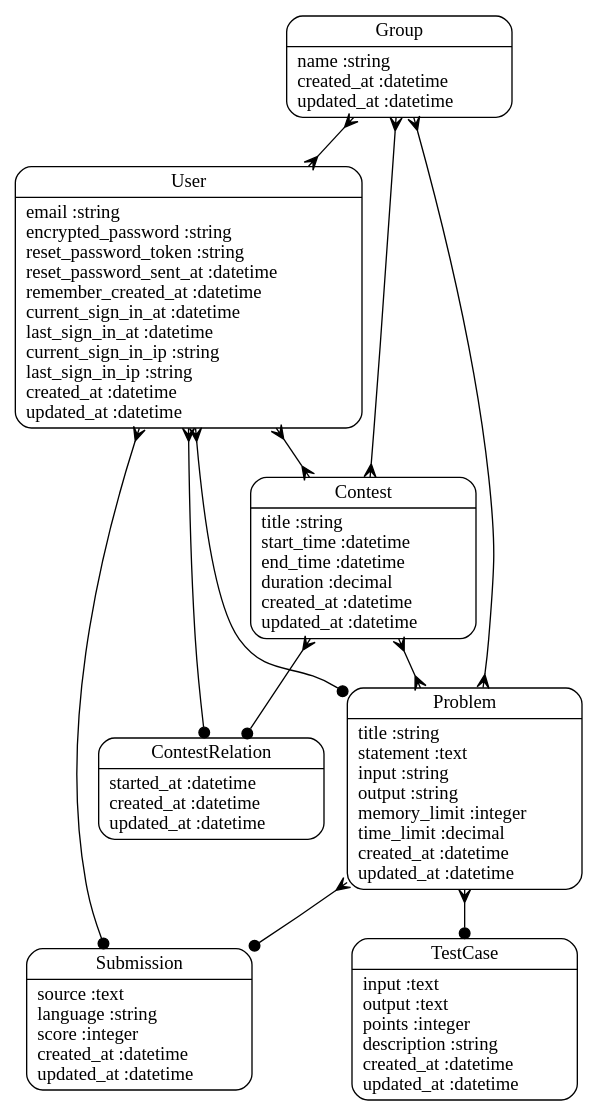
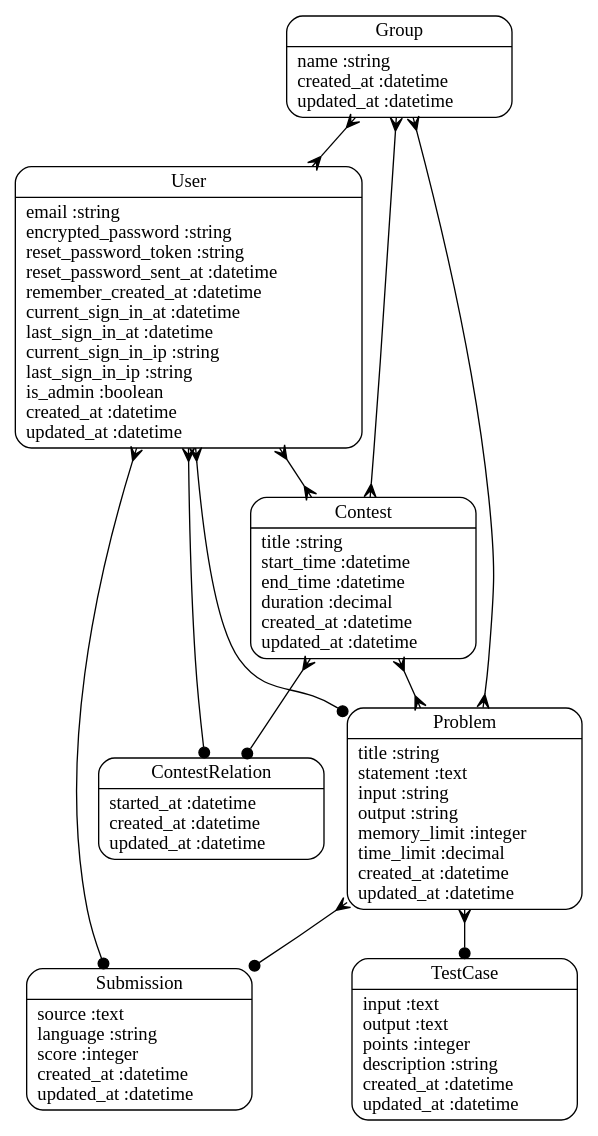
The diagram in g.dot (NZOI/nztrain), drawn with Graphviz before and after one commit. The commit also changed 10 other files, not shown here.

```diff
--- a/g.dot
+++ b/g.dot
@@ -1,21 +1,21 @@
 digraph models_diagram {
 	graph[overlap=false, splines=true]
-	"User" [shape=Mrecord, label="{User|email :string\lencrypted_password :string\lreset_password_token :string\lreset_password_sent_at :datetime\lremember_created_at :datetime\lcurrent_sign_in_at :datetime\llast_sign_in_at :datetime\lcurrent_sign_in_ip :string\llast_sign_in_ip :string\lcreated_at :datetime\lupdated_at :datetime\l}"]
+	"User" [shape=Mrecord, label="{User|email :string\lencrypted_password :string\lreset_password_token :string\lreset_password_sent_at :datetime\lremember_created_at :datetime\lcurrent_sign_in_at :datetime\llast_sign_in_at :datetime\lcurrent_sign_in_ip :string\llast_sign_in_ip :string\lis_admin :boolean\lcreated_at :datetime\lupdated_at :datetime\l}"]
 	"Group" [shape=Mrecord, label="{Group|name :string\lcreated_at :datetime\lupdated_at :datetime\l}"]
 	"ContestRelation" [shape=Mrecord, label="{ContestRelation|started_at :datetime\lcreated_at :datetime\lupdated_at :datetime\l}"]
 	"TestCase" [shape=Mrecord, label="{TestCase|input :text\loutput :text\lpoints :integer\ldescription :string\lcreated_at :datetime\lupdated_at :datetime\l}"]
 	"Contest" [shape=Mrecord, label="{Contest|title :string\lstart_time :datetime\lend_time :datetime\lduration :decimal\lcreated_at :datetime\lupdated_at :datetime\l}"]
 	"Submission" [shape=Mrecord, label="{Submission|source :text\llanguage :string\lscore :integer\lcreated_at :datetime\lupdated_at :datetime\l}"]
 	"Problem" [shape=Mrecord, label="{Problem|title :string\lstatement :text\linput :string\loutput :string\lmemory_limit :integer\ltime_limit :decimal\lcreated_at :datetime\lupdated_at :datetime\l}"]
 	"User" -> "Problem" [arrowtail=crow, arrowhead=dot, dir=both]
 	"User" -> "Submission" [arrowtail=crow, arrowhead=dot, dir=both]
 	"User" -> "ContestRelation" [arrowtail=crow, arrowhead=dot, dir=both]
 	"User" -> "Contest" [arrowtail=crow, arrowhead=crow, dir=both]
 	"Group" -> "User" [arrowtail=crow, arrowhead=crow, dir=both]
 	"Group" -> "Problem" [arrowtail=crow, arrowhead=crow, dir=both]
 	"Group" -> "Contest" [arrowtail=crow, arrowhead=crow, dir=both]
 	"Contest" -> "Problem" [arrowtail=crow, arrowhead=crow, dir=both]
 	"Contest" -> "ContestRelation" [arrowtail=crow, arrowhead=dot, dir=both]
 	"Problem" -> "TestCase" [arrowtail=crow, arrowhead=dot, dir=both]
 	"Problem" -> "Submission" [arrowtail=crow, arrowhead=dot, dir=both]
 }
```
